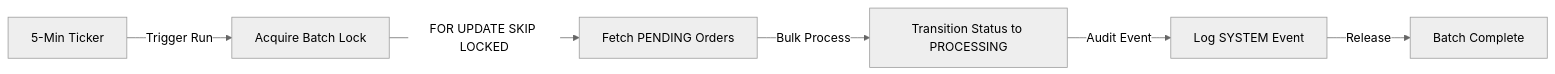
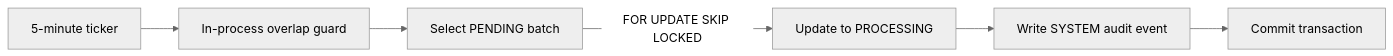
The third of 3 diagrams in README.md (spasrichakkp/oms-go), drawn with Mermaid (neutral theme) before and after one commit. The commit also changed other lines of this file, not shown here.

````diff
--- a/README.md
+++ b/README.md
@@ -53,8 +69,8 @@
 ```mermaid
 graph LR
-    Ticker[5-Min Ticker] -->|Trigger Run| Lock[Acquire Batch Lock]
-    Lock -->|FOR UPDATE SKIP LOCKED| Query[Fetch PENDING Orders]
-    Query -->|Bulk Process| Update[Transition Status to PROCESSING]
-    Update -->|Audit Event| Event[Log SYSTEM Event]
-    Event -->|Release| Done[Batch Complete]
+    Ticker["5-minute ticker"] --> Guard["In-process overlap guard"]
+    Guard --> Query["Select PENDING batch"]
+    Query -->|"FOR UPDATE SKIP LOCKED"| Update["Update to PROCESSING"]
+    Update --> Event["Write SYSTEM audit event"]
+    Event --> Done["Commit transaction"]
 ```
````
